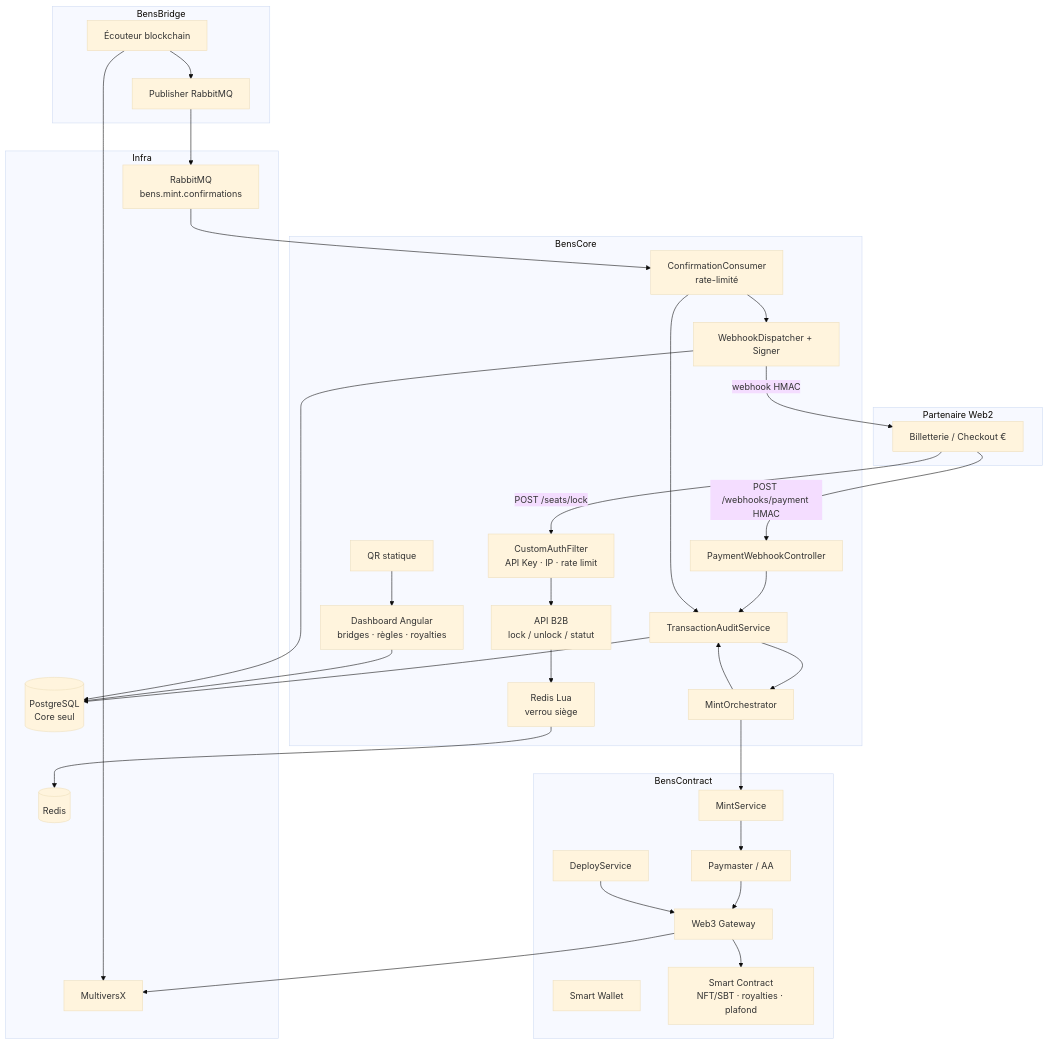
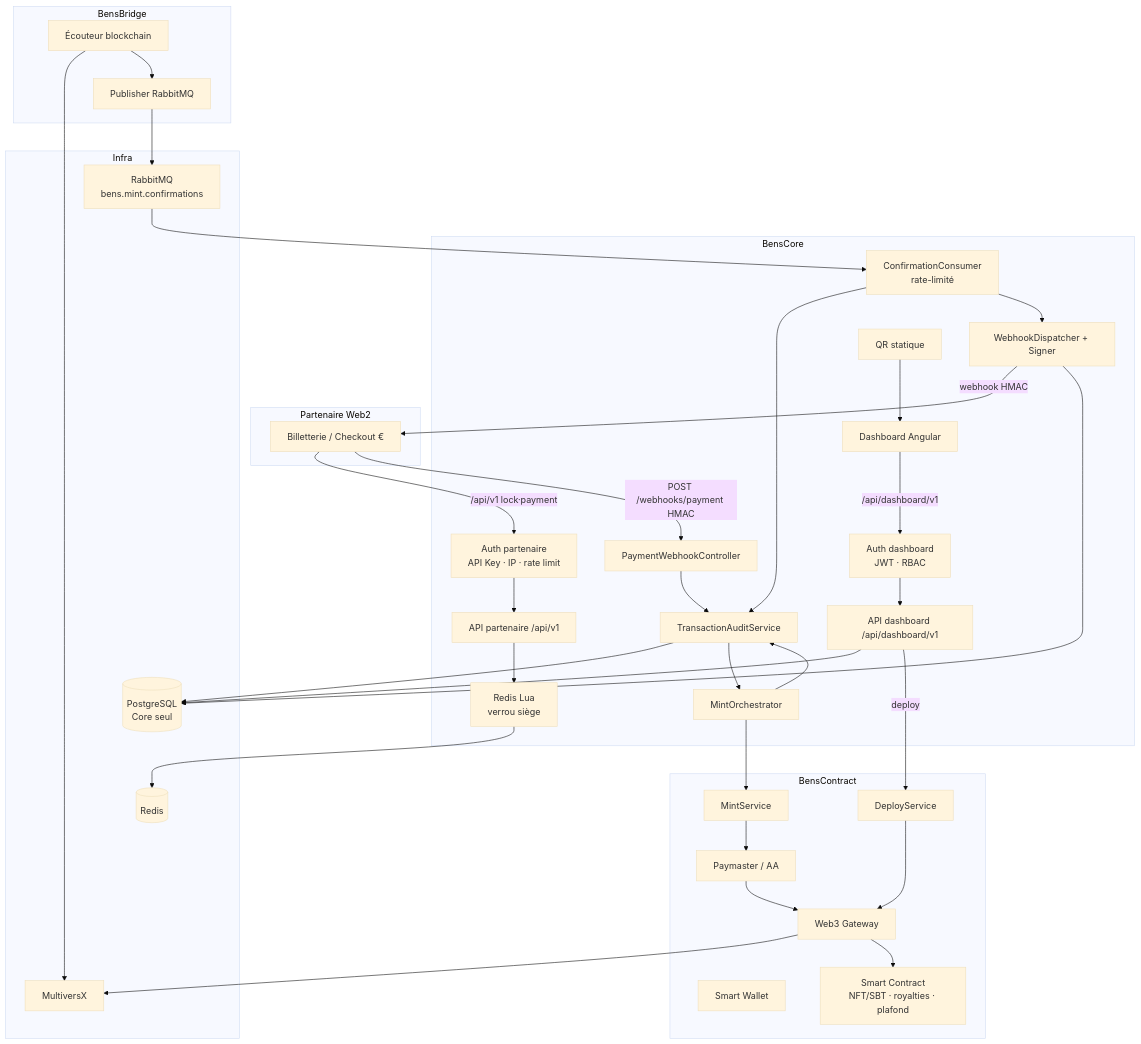
Before and after one commit to 2025-10-CDA-ECO-P6/bens: the first of 4 diagrams in docs/03-conception/architecture.md, drawn with Mermaid (base theme). The commit also changed other lines of this file and 2 other files, not shown here.

Commit message:
docs : separate both api surfaces

````diff
--- a/docs/03-conception/architecture.md
+++ b/docs/03-conception/architecture.md
@@ -98,55 +99,58 @@
 ```mermaid
 flowchart TB
   subgraph Partenaire["Partenaire Web2"]
     VEL[Billetterie / Checkout €]
   end
 
   subgraph Core["BensCore"]
-    API[API B2B<br/>lock / unlock / statut]
-    Auth[CustomAuthFilter<br/>API Key · IP · rate limit]
+    API[API partenaire /api/v1]
+    DashAPI[API dashboard /api/dashboard/v1]
+    Auth[Auth partenaire<br/>API Key · IP · rate limit]
+    JwtAuth[Auth dashboard<br/>JWT · RBAC]
     RedisLua[Redis Lua<br/>verrou siège]
     PayWH[PaymentWebhookController]
     Audit[TransactionAuditService]
     Orch[MintOrchestrator]
     Consumer[ConfirmationConsumer<br/>rate-limité]
     Disp[WebhookDispatcher + Signer]
-    Dash[Dashboard Angular<br/>bridges · règles · royalties]
+    DashUI[Dashboard Angular]
     QR[QR statique]
   end
 
   subgraph Contract["BensContract"]
     Deploy[DeployService]
     MintSvc[MintService]
     Paymaster[Paymaster / AA]
     Wallet[Smart Wallet]
     GW[Web3 Gateway]
     SC[Smart Contract<br/>NFT/SBT · royalties · plafond]
   end
 
   subgraph Bridge["BensBridge"]
     Listener[Écouteur blockchain]
     Publisher[Publisher RabbitMQ]
   end
 
   subgraph Infra["Infra"]
     PG[(PostgreSQL<br/>Core seul)]
     RD[(Redis)]
     MQ[RabbitMQ<br/>bens.mint.confirmations]
     MX[MultiversX]
   end
 
-  VEL -->|POST /seats/lock| Auth --> API --> RedisLua --> RD
+  VEL -->|/api/v1 lock·payment| Auth --> API --> RedisLua --> RD
   VEL -->|POST /webhooks/payment HMAC| PayWH --> Audit --> PG
   Audit --> Orch --> MintSvc
   MintSvc --> Paymaster --> GW --> MX
   GW --> SC
   Deploy --> GW
   Orch --> Audit
-  Dash --> PG
+  DashUI -->|/api/dashboard/v1| JwtAuth --> DashAPI --> PG
+  DashAPI -->|deploy| Deploy
   Listener --> MX
   Listener --> Publisher --> MQ
   MQ --> Consumer --> Audit
   Consumer --> Disp -->|webhook HMAC| VEL
   Disp --> PG
-  QR --> Dash
+  QR --> DashUI
 ```
````
